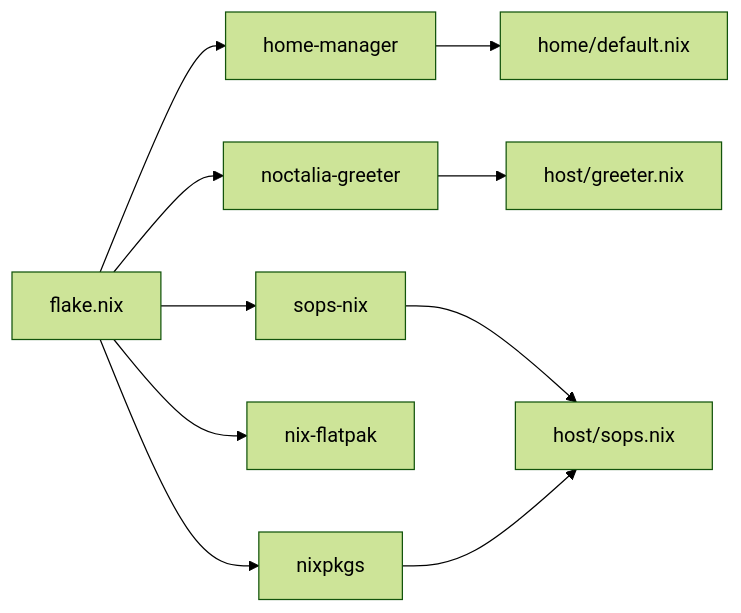
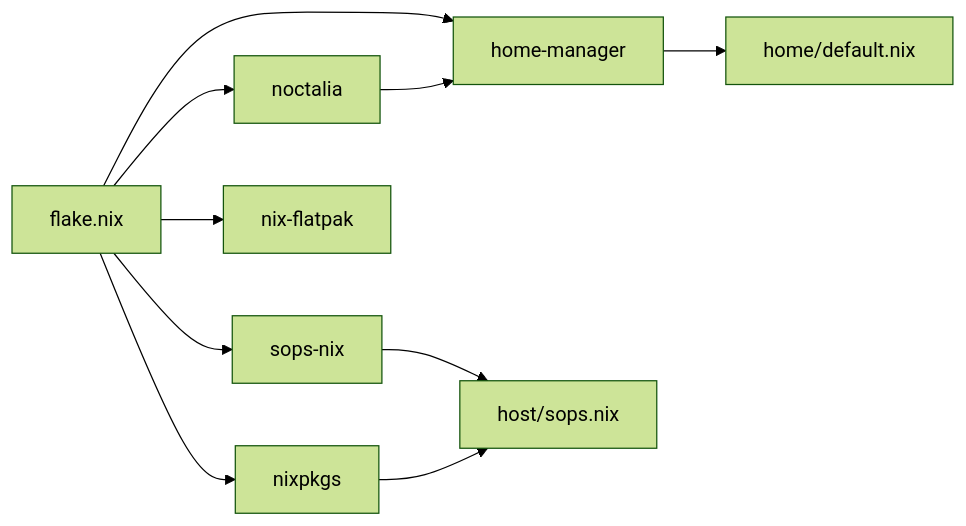
Before and after one commit to Shangshui0302/myNixOSConfig: the third of 3 diagrams in wiki/architecture/index.md, drawn with Mermaid (forest theme). The commit also changed other lines of this file and 7 other files, not shown here.

````diff
--- a/wiki/architecture/index.md
+++ b/wiki/architecture/index.md
@@ -100,12 +100,12 @@
 ```mermaid
 graph LR
 FL["flake.nix"] --> HM["home-manager"]
-FL --> NM["noctalia-greeter"]
+FL --> NC["noctalia"]
 FL --> SN["sops-nix"]
 FL --> NF["nix-flatpak"]
 FL --> NP["nixpkgs"]
 HM --> HOME["home/default.nix"]
 SN --> HOST["host/sops.nix"]
-NM --> GREETER["host/greeter.nix"]
+NC --> HM
 NP --> HOST
 ```
````
